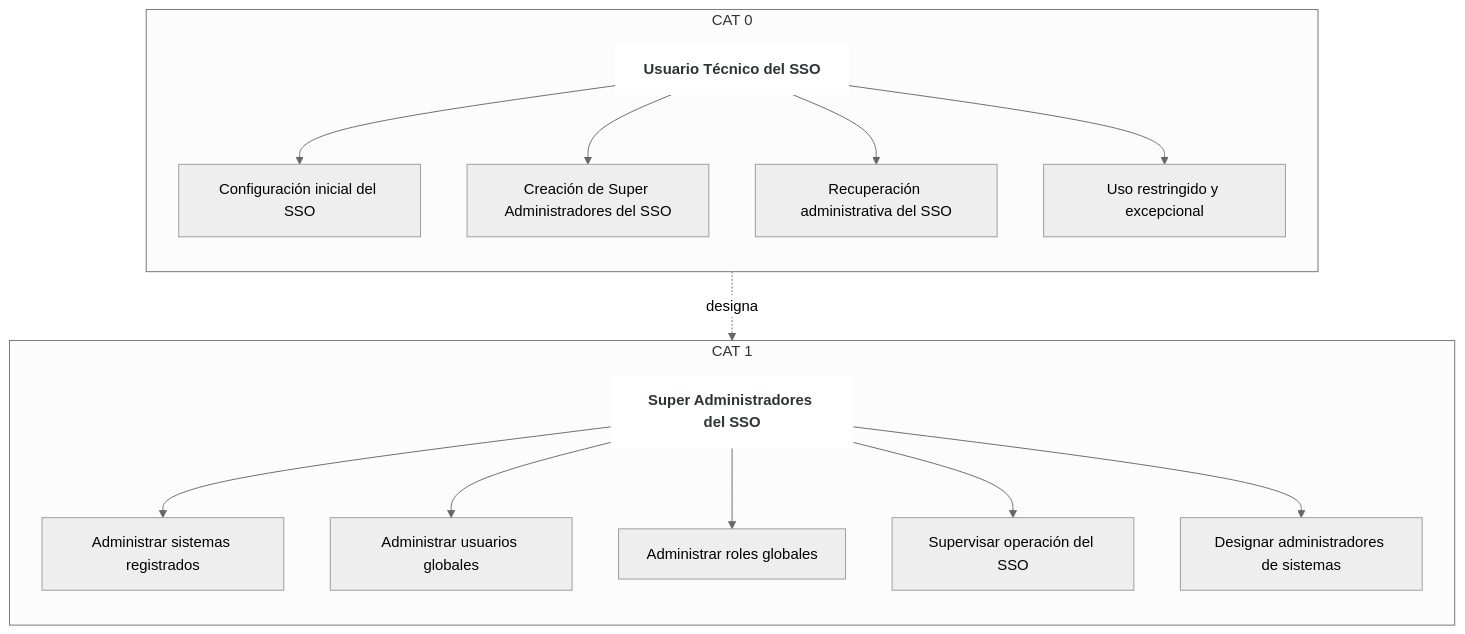
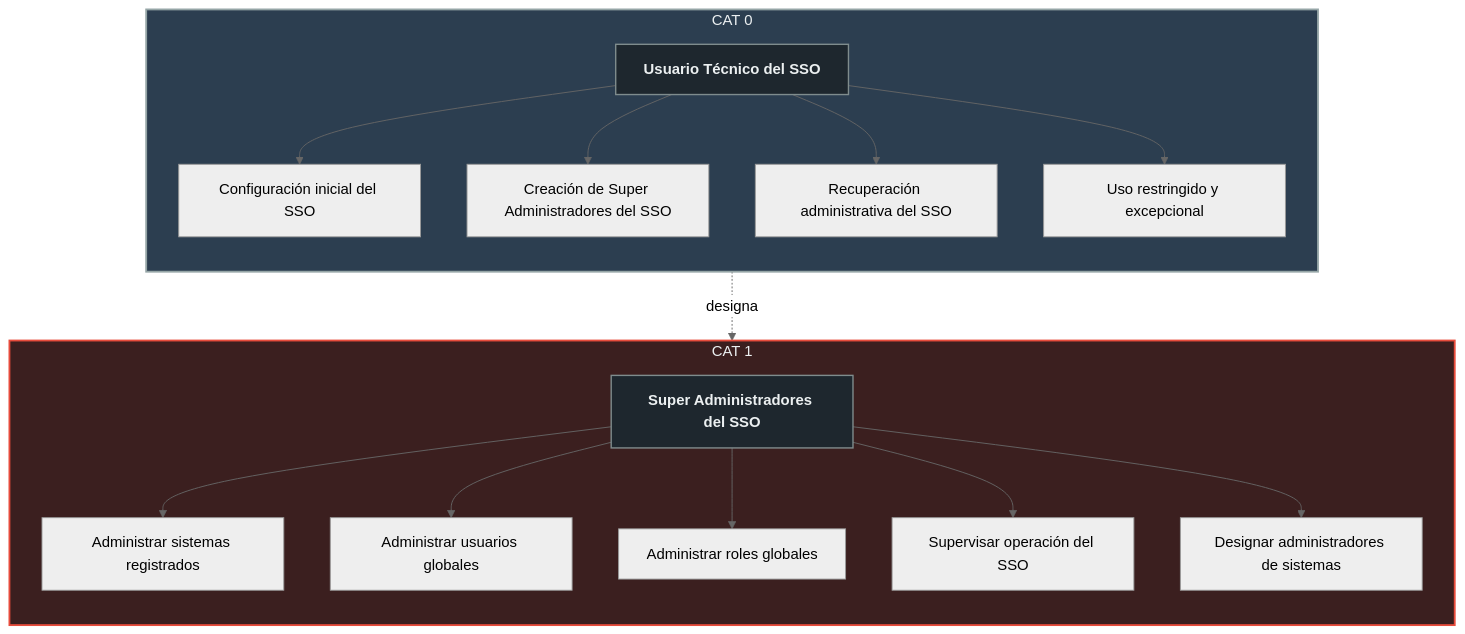
Before and after one commit to jvaldezb/Sso: the diagram in docs/diagrams/sso-governance/diagram-01-sso-governance.mmd, drawn with Mermaid (neutral theme). The commit also changed 5 other files, not shown here.

```diff
--- a/docs/diagrams/sso-governance/diagram-01-sso-governance.mmd
+++ b/docs/diagrams/sso-governance/diagram-01-sso-governance.mmd
@@ -1,50 +1,56 @@
 flowchart TB
 
     %% ===============================
     %% CATEGORÍA 0 – USUARIO TÉCNICO
     %% ===============================
     subgraph CAT0[CAT 0]
         direction TB
         H0[Usuario Técnico del SSO]
 
         T0[Configuración inicial del SSO]
         T1[Creación de Super Administradores del SSO]
         T2[Recuperación administrativa del SSO]
         T3[Uso restringido y excepcional]
 
         H0 --> T0
         H0 --> T1
         H0 --> T2
         H0 --> T3
     end
 
     %% ===============================
     %% CATEGORÍA 1 – SUPER ADMIN SSO
     %% ===============================
     subgraph CAT1[CAT 1]
         direction TB
         H1[Super Administradores del SSO]
 
         A1[Administrar sistemas registrados]
         A2[Administrar usuarios globales]
         A3[Administrar roles globales]
         A4[Supervisar operación del SSO]
         A5[Designar administradores de sistemas]
 
         H1 --> A1
         H1 --> A2
         H1 --> A3
         H1 --> A4
         H1 --> A5
     end
 
     %% ===============================
     %% RELACIÓN DE DESIGNACIÓN
     %% ===============================
     T1 -.->|designa| H1
 
     %% ===============================
-    %% ESTILOS
+    %% ESTILOS DARK MODE (CON BORDES)
     %% ===============================
-    classDef header fill:#ffffff,stroke:#ffffff,color:#2d3436,font-weight:bold;
-    class H0,H1 header;
+    classDef header fill:#1e272e,stroke:#7f8c8d,stroke-width:1.5px,color:#ecf0f1,font-weight:bold;
+
+    classDef tecnico fill:#2c3e50,stroke:#95a5a6,stroke-width:2px,color:#ecf0f1;
+    classDef super fill:#3b1f1f,stroke:#e74c3c,stroke-width:2px,color:#ecf0f1;
+
+    class H0,H1 header
+    class CAT0 tecnico
+    class CAT1 super
```
